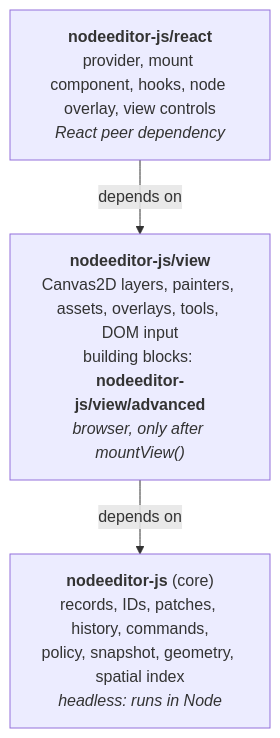
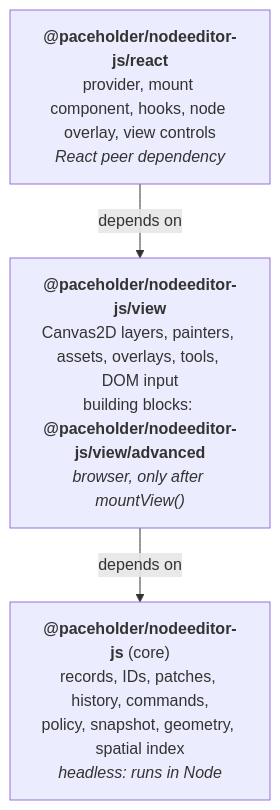
One commit to paceholder/nodeeditor-js changed the first of 10 diagrams in docs/architecture.md. Above: the diagram before and after it, drawn with Mermaid. The commit also changed other lines of this file and 56 other files, not shown here.

````diff
--- a/docs/architecture.md
+++ b/docs/architecture.md
@@ -13,8 +13,8 @@
 ```mermaid
 flowchart TB
-  react["<b>nodeeditor-js/react</b><br/>provider, mount component, hooks, node overlay, view controls<br/><i>React peer dependency</i>"]
-  view["<b>nodeeditor-js/view</b><br/>Canvas2D layers, painters, assets, overlays, tools, DOM input<br/>building blocks: <b>nodeeditor-js/view/advanced</b><br/><i>browser, only after mountView()</i>"]
-  core["<b>nodeeditor-js</b> (core)<br/>records, IDs, patches, history, commands,<br/>policy, snapshot, geometry, spatial index<br/><i>headless: runs in Node</i>"]
+  react["<b>@paceholder/nodeeditor-js/react</b><br/>provider, mount component, hooks, node overlay, view controls<br/><i>React peer dependency</i>"]
+  view["<b>@paceholder/nodeeditor-js/view</b><br/>Canvas2D layers, painters, assets, overlays, tools, DOM input<br/>building blocks: <b>@paceholder/nodeeditor-js/view/advanced</b><br/><i>browser, only after mountView()</i>"]
+  core["<b>@paceholder/nodeeditor-js</b> (core)<br/>records, IDs, patches, history, commands,<br/>policy, snapshot, geometry, spatial index<br/><i>headless: runs in Node</i>"]
   react -- depends on --> view
   view -- depends on --> core
 ```
````
